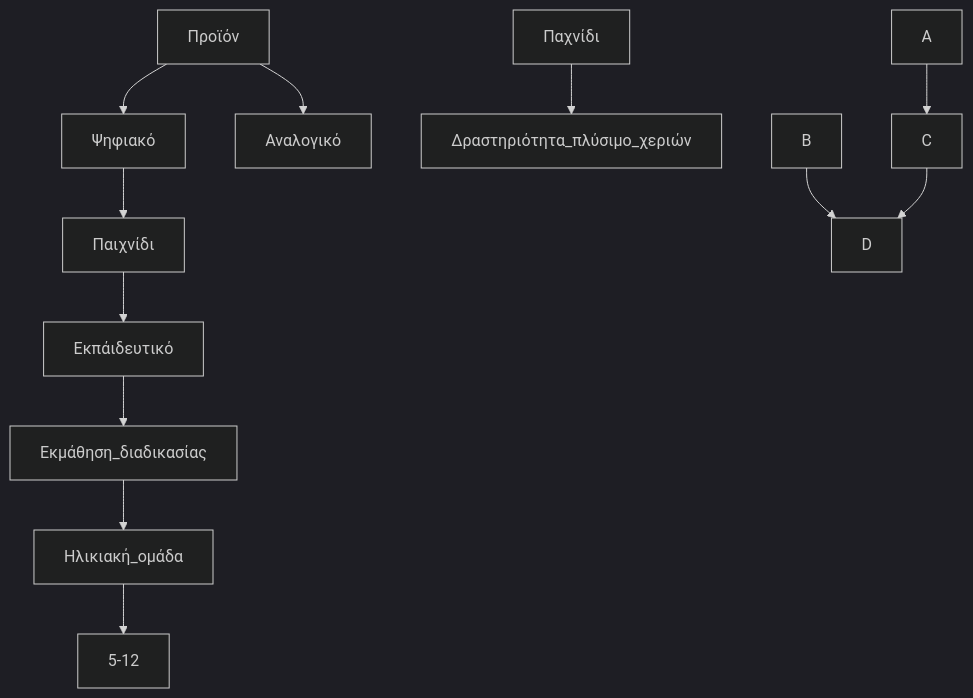
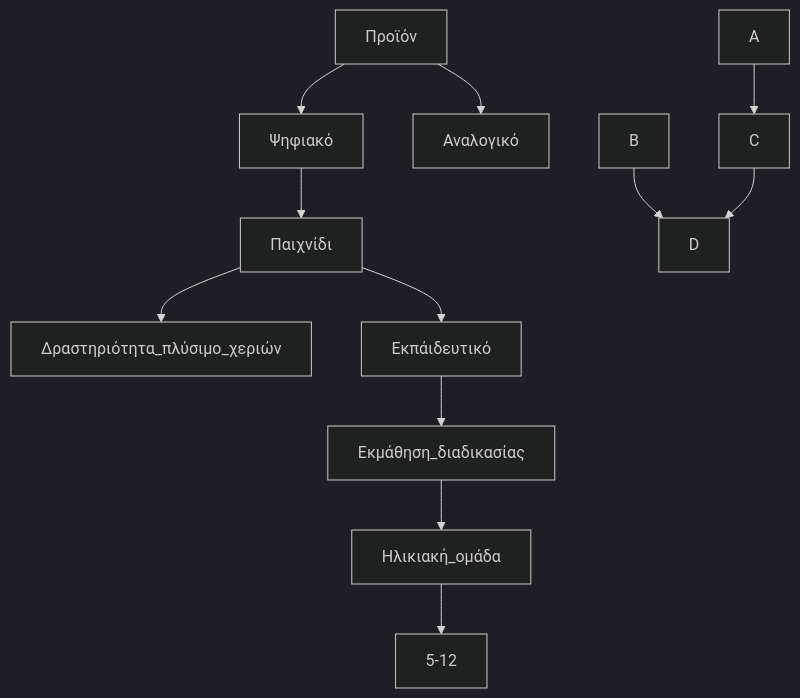
One commit to Ebabouraki/Interaction-Design-Project-Assignment changed the diagram in our_report/README.md. Above: the diagram before and after it, drawn with Mermaid (dark theme).

````diff
--- a/our_report/README.md
+++ b/our_report/README.md
@@ -200,20 +200,20 @@
 ```mermaid
   graph TD;
       Προϊόν --> Ψηφιακό;
       Προϊόν --> Αναλογικό;
       Ψηφιακό --> Παιχνίδι;
-      Παχνίδι --> Δραστηριότητα_πλύσιμο_χεριών
+      Παιχνίδι --> Δραστηριότητα_πλύσιμο_χεριών
       Παιχνίδι --> Εκπάιδευτικό;
       Εκπάιδευτικό --> Εκμάθηση_διαδικασίας;
       Εκμάθηση_διαδικασίας --> Ηλικιακή_ομάδα;
       Ηλικιακή_ομάδα --> 5-12;
       
       
     
     
       
          
       A-->C;
       B-->D;
       C-->D;
 ```
````
